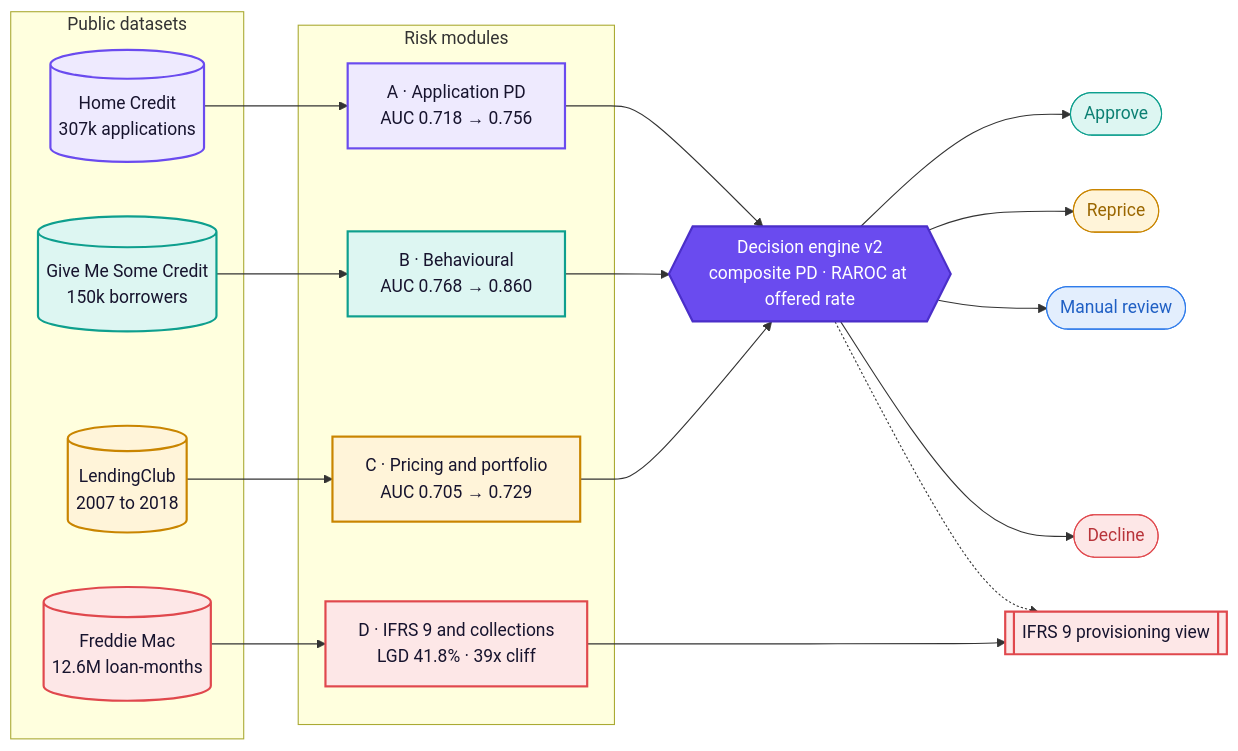
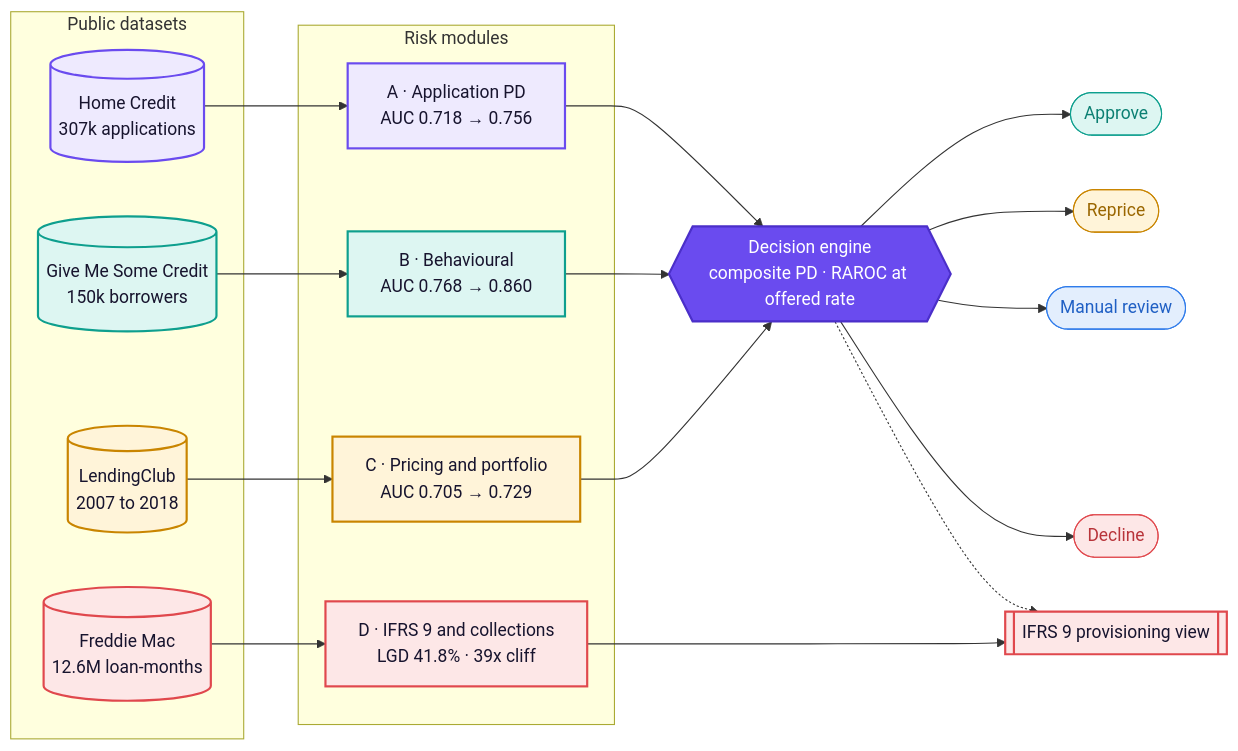
One commit to hiralsarkar/AI-Credit-Intelligence-System changed the diagram in README.md. Above: the diagram before and after it, drawn with Mermaid. The commit also changed other lines of this file and 1 other file, not shown here.

````diff
--- a/README.md
+++ b/README.md
@@ -82,52 +82,52 @@
 ```mermaid
 flowchart LR
   subgraph DATA[" Public datasets "]
     D1[(Home Credit<br/>307k applications)]
     D2[(Give Me Some Credit<br/>150k borrowers)]
     D3[(LendingClub<br/>2007 to 2018)]
     D4[(Freddie Mac<br/>12.6M loan-months)]
   end
   subgraph MODELS[" Risk modules "]
     A[A · Application PD<br/>AUC 0.718 → 0.756]
     B[B · Behavioural<br/>AUC 0.768 → 0.860]
     C[C · Pricing and portfolio<br/>AUC 0.705 → 0.729]
     E[D · IFRS 9 and collections<br/>LGD 41.8% · 39x cliff]
   end
-  G{{Decision engine v2<br/>composite PD · RAROC at offered rate}}
+  G{{Decision engine<br/>composite PD · RAROC at offered rate}}
   O1([Approve])
   O2([Reprice])
   O3([Manual review])
   O4([Decline])
   P[[IFRS 9 provisioning view]]
 
   D1 --> A
   D2 --> B
   D3 --> C
   D4 --> E
   A --> G
   B --> G
   C --> G
   E --> P
   G --> O1 & O2 & O3 & O4
   G -.-> P
 
   classDef a fill:#EEEAFE,stroke:#6A4BEF,color:#17142E,stroke-width:2px
   classDef b fill:#DDF6F2,stroke:#0E9F8E,color:#17142E,stroke-width:2px
   classDef c fill:#FFF4D9,stroke:#C98500,color:#17142E,stroke-width:2px
   classDef d fill:#FDE7E7,stroke:#E0484D,color:#17142E,stroke-width:2px
   classDef eng fill:#6A4BEF,stroke:#4B2FC9,color:#FFFFFF,stroke-width:2px
   classDef ok fill:#DDF6F2,stroke:#0E9F8E,color:#0B7F72
   classDef rp fill:#FFF4D9,stroke:#C98500,color:#9A6600
   classDef rv fill:#E3EEFD,stroke:#2F7BEA,color:#1F5FC4
   classDef no fill:#FDE7E7,stroke:#E0484D,color:#B8343A
   classDef data fill:#FFFFFF,stroke:#D3CEE6,color:#3B3856
   class A,D1 a
   class B,D2 b
   class C,D3 c
   class E,D4,P d
   class G eng
   class O1 ok
   class O2 rp
   class O3 rv
   class O4 no
 ```
````
